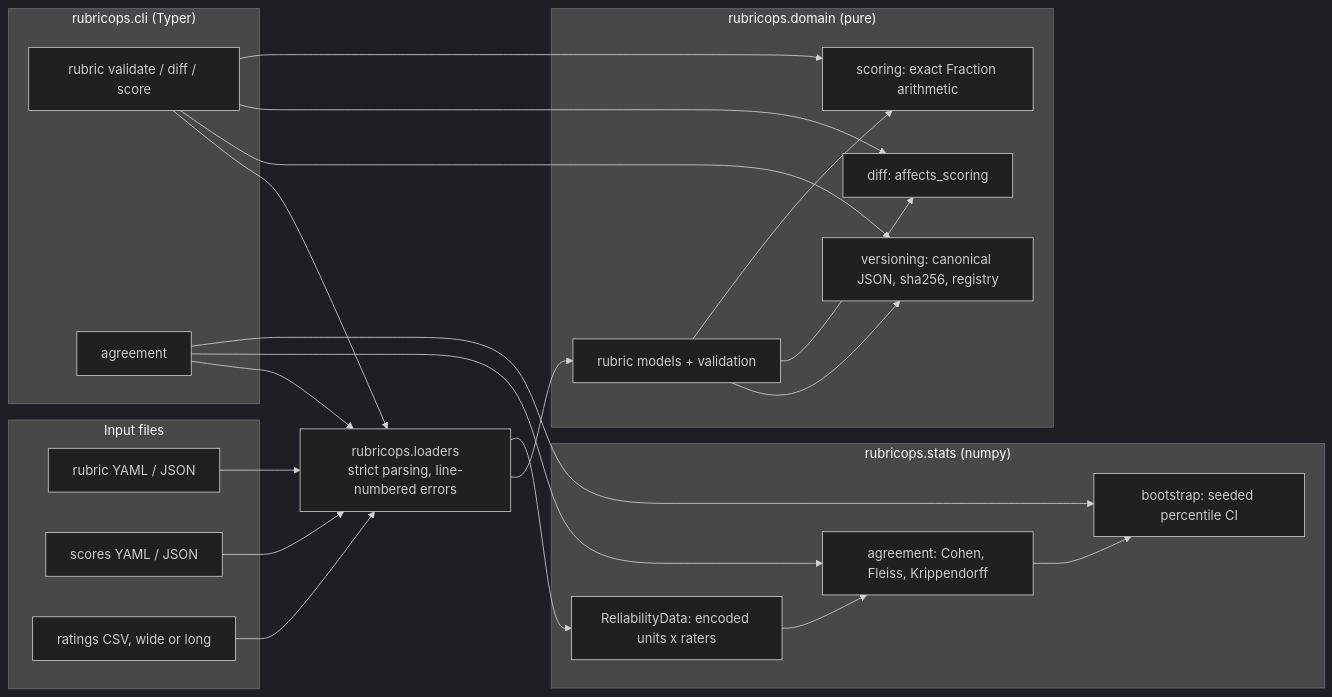
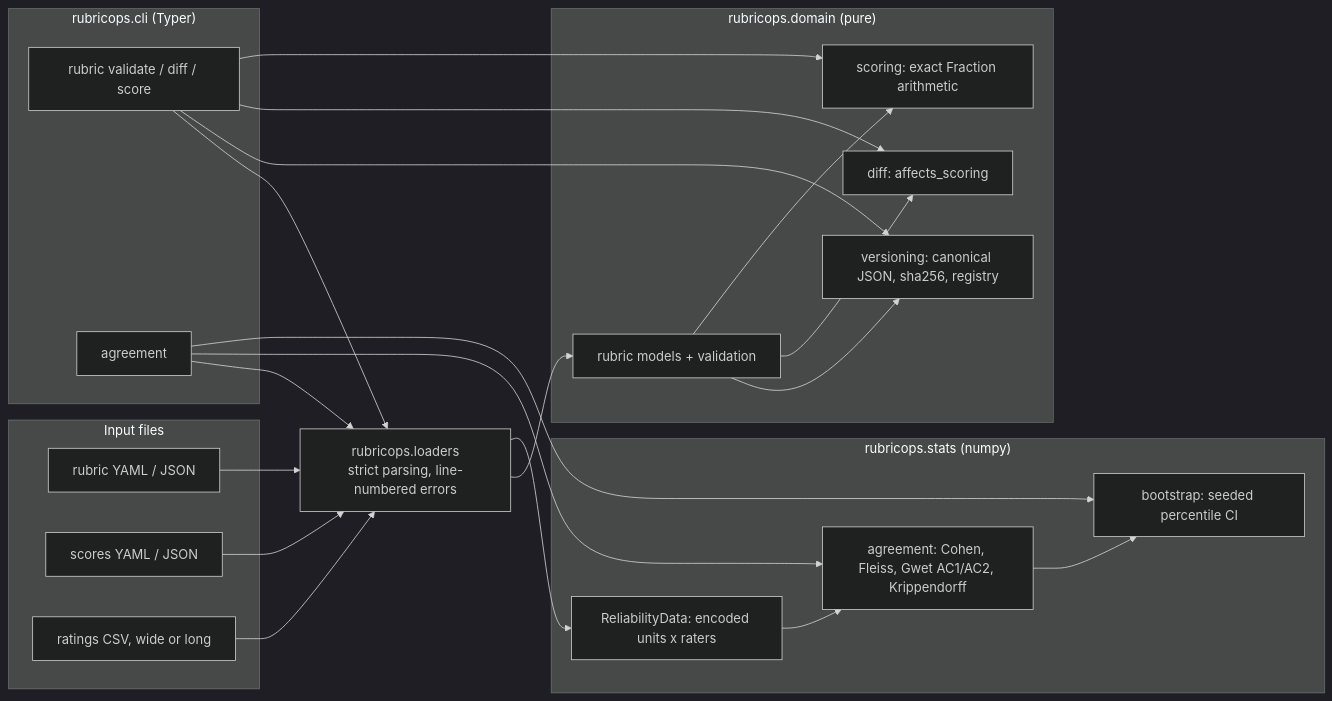
The diagram in README.md (vipul21435/rubricops), drawn with Mermaid (dark theme) before and after one commit. The commit also changed other lines of this file and 6 other files, not shown here.

````diff
--- a/README.md
+++ b/README.md
@@ -150,41 +159,41 @@
 ```mermaid
 flowchart LR
     subgraph files["Input files"]
         RY["rubric YAML / JSON"]
         SY["scores YAML / JSON"]
         RC["ratings CSV, wide or long"]
     end
     subgraph cli["rubricops.cli (Typer)"]
         C1["rubric validate / diff / score"]
         C2["agreement"]
     end
     L["rubricops.loaders<br/>strict parsing, line-numbered errors"]
     subgraph domain["rubricops.domain (pure)"]
         M["rubric models + validation"]
         V["versioning: canonical JSON, sha256, registry"]
         D["diff: affects_scoring"]
         S["scoring: exact Fraction arithmetic"]
     end
     subgraph stats["rubricops.stats (numpy)"]
         RD["ReliabilityData: encoded units x raters"]
-        AG["agreement: Cohen, Fleiss, Krippendorff"]
+        AG["agreement: Cohen, Fleiss, Gwet AC1/AC2, Krippendorff"]
         BS["bootstrap: seeded percentile CI"]
     end
     RY --> L
     SY --> L
     RC --> L
     C1 --> L
     C2 --> L
     L --> M
     M --> V
     M --> D
     M --> S
     L --> RD
     RD --> AG
     AG --> BS
     C1 --> V
     C1 --> D
     C1 --> S
     C2 --> AG
     C2 --> BS
 ```
````
